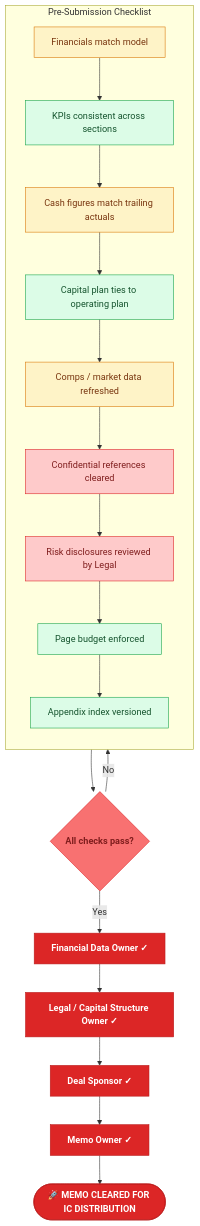
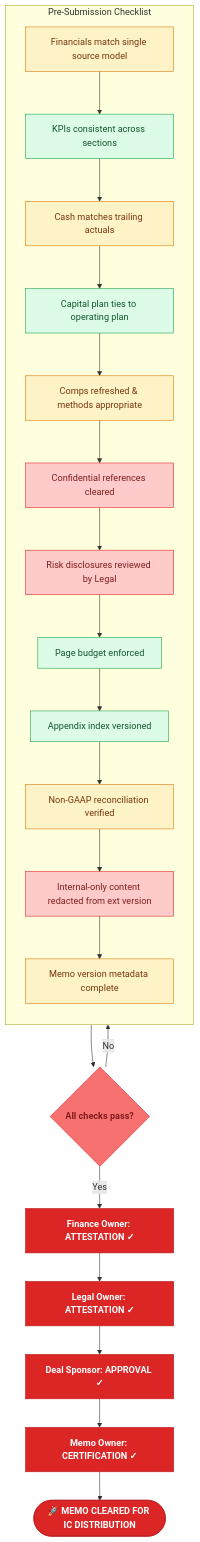
Diagram 17 of 17 in README.md (mrchanpark/IC-Memo-Flow-Chart-V2), drawn with Mermaid before and after one commit. The commit also changed other lines of this file and 2 other files, not shown here.

````diff
--- a/README.md
+++ b/README.md
@@ -406,26 +445,29 @@
 ```mermaid
 flowchart TB
   subgraph QC["Pre-Submission Checklist"]
     direction TB
-    Q1["Financials match model"]:::yel --> Q2["KPIs consistent across sections"]:::grn
-    Q2 --> Q3["Cash figures match trailing actuals"]:::yel
+    Q1["Financials match single source model"]:::yel --> Q2["KPIs consistent across sections"]:::grn
+    Q2 --> Q3["Cash matches trailing actuals"]:::yel
     Q3 --> Q4["Capital plan ties to operating plan"]:::grn
-    Q4 --> Q5["Comps / market data refreshed"]:::yel
+    Q4 --> Q5["Comps refreshed & methods appropriate"]:::yel
     Q5 --> Q6["Confidential references cleared"]:::red
     Q6 --> Q7["Risk disclosures reviewed by Legal"]:::red
     Q7 --> Q8["Page budget enforced"]:::grn
     Q8 --> Q9["Appendix index versioned"]:::grn
+    Q9 --> Q10["Non-GAAP reconciliation verified"]:::yel
+    Q10 --> Q11["Internal-only content redacted from ext version"]:::red
+    Q11 --> Q12["Memo version metadata complete"]:::yel
   end
-  Q9 --> PASS{"All checks pass?"}:::redD
+  Q12 --> PASS{"All checks pass?"}:::redD
   PASS -- No --> Q1
-  PASS -- Yes --> S1x["Financial Data Owner ✓"]:::redM
-  S1x --> S2x["Legal / Capital Structure Owner ✓"]:::redM
-  S2x --> S3x["Deal Sponsor ✓"]:::redM
-  S3x --> S4x["Memo Owner ✓"]:::redM
+  PASS -- Yes --> S1x["Finance Owner: ATTESTATION ✓"]:::redM
+  S1x --> S2x["Legal Owner: ATTESTATION ✓"]:::redM
+  S2x --> S3x["Deal Sponsor: APPROVAL ✓"]:::redM
+  S3x --> S4x["Memo Owner: CERTIFICATION ✓"]:::redM
   S4x --> DONE(["🚀 MEMO CLEARED FOR IC DISTRIBUTION"]):::redM
   classDef red fill:#fecaca,stroke:#dc2626,color:#7f1d1d
   classDef redD fill:#f87171,stroke:#dc2626,color:#7f1d1d,font-weight:700
   classDef redM fill:#dc2626,stroke:#b91c1c,color:#fff,font-weight:700
   classDef yel fill:#fef3c7,stroke:#d97706,color:#78350f
   classDef grn fill:#dcfce7,stroke:#16a34a,color:#14532d
 ```
````
